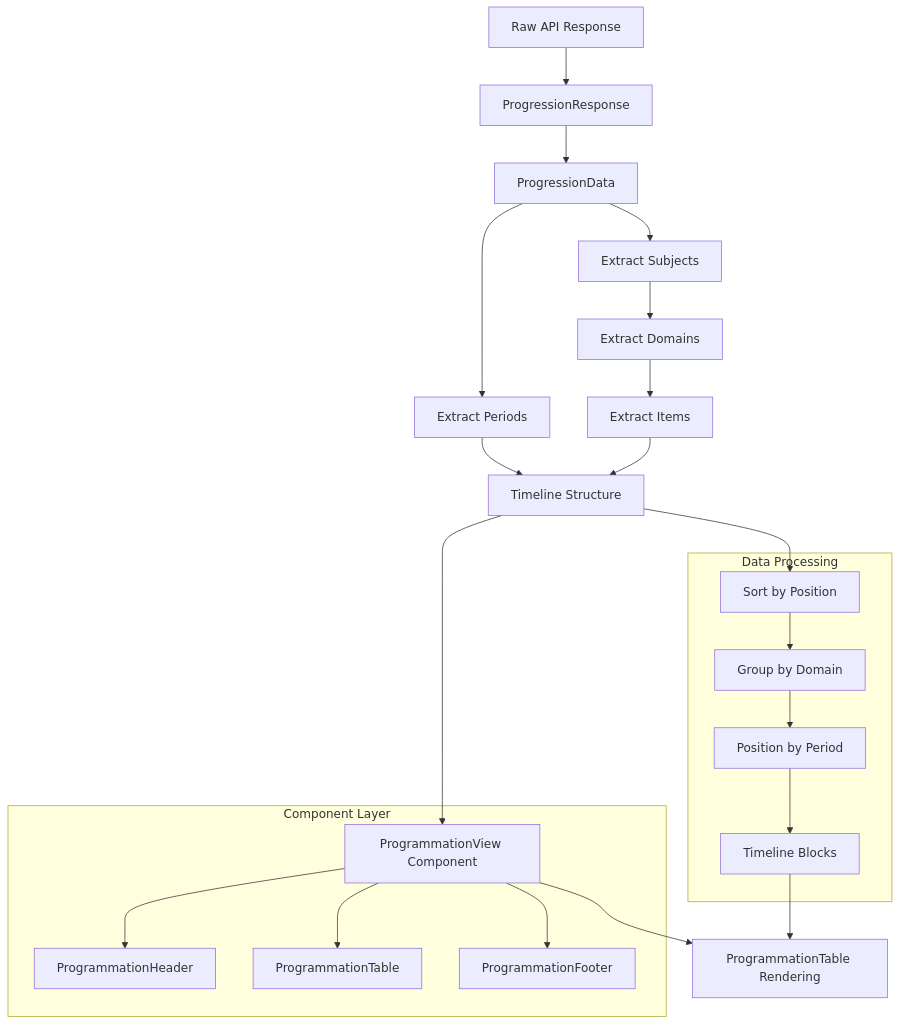
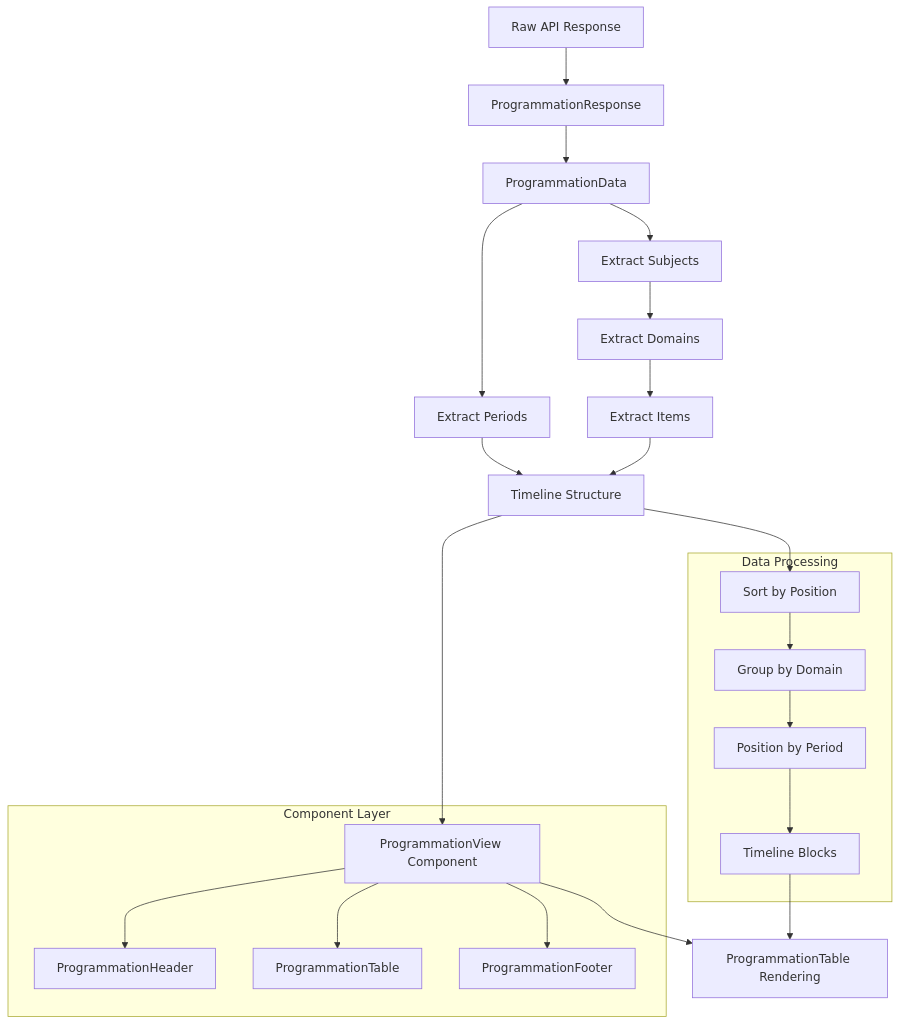
The fourth of 6 diagrams in specs/programmation/db-api-uml.md (ghermet/teetsh-progression), drawn with Mermaid before and after one commit. The commit also changed other lines of this file and 17 other files, not shown here.

Commit message:
refactor: rename progression with programmation

````diff
--- a/specs/programmation/db-api-uml.md
+++ b/specs/programmation/db-api-uml.md
@@ -238,31 +238,31 @@
 ```mermaid
 flowchart TD
-    A[Raw API Response] --> B[ProgressionResponse]
-    B --> C[ProgressionData]
+    A[Raw API Response] --> B[ProgrammationResponse]
+    B --> C[ProgrammationData]
     C --> D[Extract Periods]
     C --> E[Extract Subjects]
 
     E --> F[Extract Domains]
     F --> G[Extract Items]
 
     D --> H[Timeline Structure]
     G --> H
 
     H --> I[ProgrammationView Component]
     I --> J[ProgrammationTable Rendering]
 
     subgraph "Component Layer"
         I --> K[ProgrammationHeader]
         I --> L[ProgrammationTable]
         I --> M[ProgrammationFooter]
     end
 
     subgraph "Data Processing"
         N[Sort by Position] --> O[Group by Domain]
         O --> P[Position by Period]
         P --> Q[Timeline Blocks]
     end
 
     H --> N
     Q --> J
 ```
````
